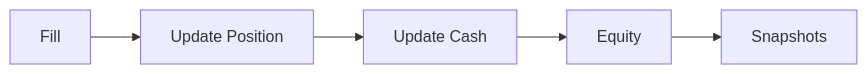
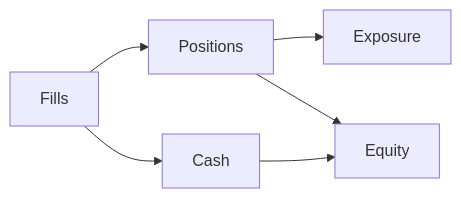
Before and after one commit to gregorian-09/regime-flow: the diagram in docs/explanation/portfolio-model.md, drawn with Mermaid. The commit also changed other lines of this file and 58 other files, not shown here.

````diff
--- a/docs/explanation/portfolio-model.md
+++ b/docs/explanation/portfolio-model.md
@@ -15,7 +7,8 @@
 ```mermaid
 flowchart LR
-  A[Fill] --> B[Update Position]
-  B --> C[Update Cash]
-  C --> D[Equity]
-  D --> E[Snapshots]
+  A[Fills] --> B[Positions]
+  A --> C[Cash]
+  B --> D[Exposure]
+  B --> E[Equity]
+  C --> E
 ```
````
